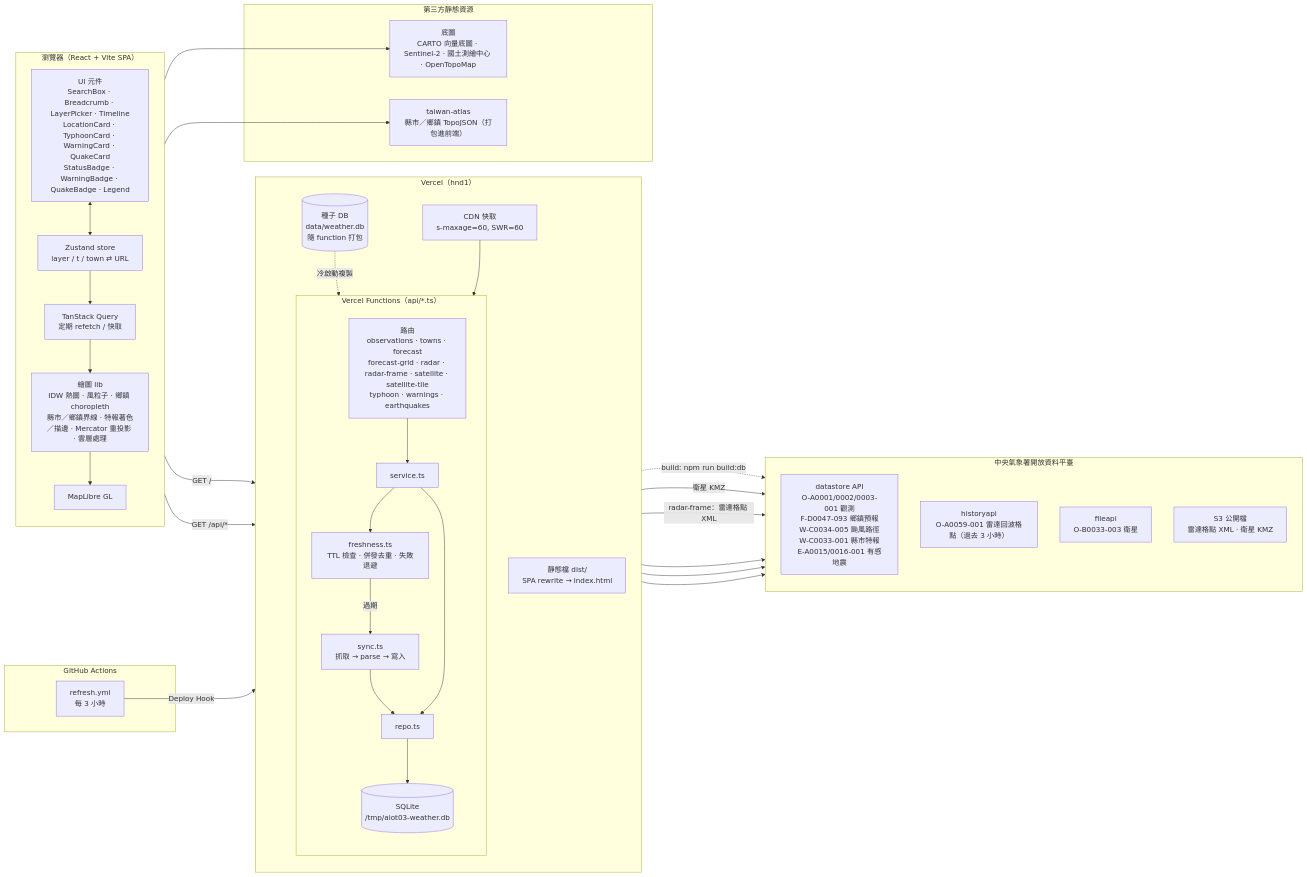
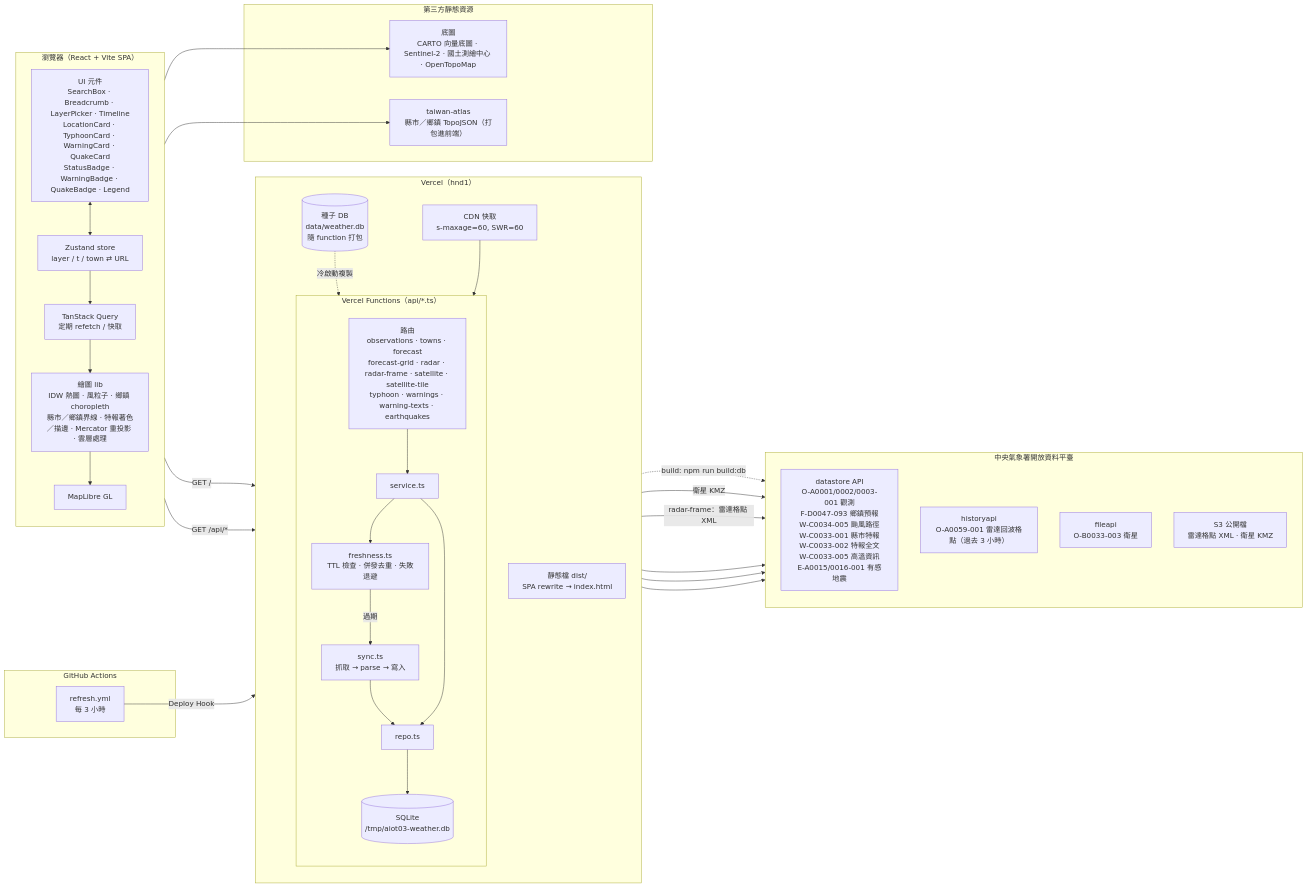
Before and after one commit to anjyuelee/aiot03: the first of 3 diagrams in README.md, drawn with Mermaid. The commit also changed other lines of this file and 1 other file, not shown here.

First line of the commit message:
docs: describe warning text and heat info in readme

````diff
--- a/README.md
+++ b/README.md
@@ -65,64 +65,64 @@
 ```mermaid
 flowchart LR
   subgraph Browser["瀏覽器（React + Vite SPA）"]
     direction TB
     UI["UI 元件<br/>SearchBox · Breadcrumb · LayerPicker · Timeline<br/>LocationCard · TyphoonCard · WarningCard · QuakeCard<br/>StatusBadge · WarningBadge · QuakeBadge · Legend"]
     Store["Zustand store<br/>layer / t / town ⇄ URL"]
     Query["TanStack Query<br/>定期 refetch / 快取"]
     Render["繪圖 lib<br/>IDW 熱圖 · 風粒子 · 鄉鎮 choropleth<br/>縣市／鄉鎮界線 · 特報著色／描邊 · Mercator 重投影 · 雲層處理"]
     Map["MapLibre GL"]
     UI <--> Store
     Store --> Query
     Query --> Render --> Map
   end
 
   subgraph Vercel["Vercel（hnd1）"]
     direction TB
     Static["靜態檔 dist/<br/>SPA rewrite → index.html"]
     CDN["CDN 快取<br/>s-maxage=60, SWR=60"]
     subgraph Fn["Vercel Functions（api/*.ts）"]
       direction TB
-      API["路由<br/>observations · towns · forecast<br/>forecast-grid · radar · radar-frame · satellite · satellite-tile<br/>typhoon · warnings · earthquakes"]
+      API["路由<br/>observations · towns · forecast<br/>forecast-grid · radar · radar-frame · satellite · satellite-tile<br/>typhoon · warnings · warning-texts · earthquakes"]
       Service["service.ts"]
       Fresh["freshness.ts<br/>TTL 檢查 · 併發去重 · 失敗退避"]
       Sync["sync.ts<br/>抓取 → parse → 寫入"]
       Repo["repo.ts"]
       TmpDB[("SQLite<br/>/tmp/aiot03-weather.db")]
       API --> Service --> Fresh
       Fresh -- 過期 --> Sync --> Repo
       Service --> Repo --> TmpDB
     end
     Seed[("種子 DB<br/>data/weather.db<br/>隨 function 打包")]
     Seed -. 冷啟動複製 .-> TmpDB
     CDN --> API
   end
 
   subgraph CWA["中央氣象署開放資料平臺"]
     direction TB
-    DS["datastore API<br/>O-A0001/0002/0003-001 觀測<br/>F-D0047-093 鄉鎮預報<br/>W-C0034-005 颱風路徑<br/>W-C0033-001 縣市特報<br/>E-A0015/0016-001 有感地震"]
+    DS["datastore API<br/>O-A0001/0002/0003-001 觀測<br/>F-D0047-093 鄉鎮預報<br/>W-C0034-005 颱風路徑<br/>W-C0033-001 縣市特報<br/>W-C0033-002 特報全文<br/>W-C0033-005 高溫資訊<br/>E-A0015/0016-001 有感地震"]
     HA["historyapi<br/>O-A0059-001 雷達回波格點（過去 3 小時）"]
     FA["fileapi<br/>O-B0033-003 衛星"]
     S3["S3 公開檔<br/>雷達格點 XML · 衛星 KMZ"]
   end
 
   subgraph Ext["第三方靜態資源"]
     Carto["底圖<br/>CARTO 向量底圖 · Sentinel-2 · 國土測繪中心 · OpenTopoMap"]
     Atlas["taiwan-atlas<br/>縣市／鄉鎮 TopoJSON（打包進前端）"]
   end
 
   subgraph CI["GitHub Actions"]
     Cron["refresh.yml<br/>每 3 小時"]
   end
 
   Browser -- "GET /" --> Static
   Query -- "GET /api/*" --> CDN
   Map --> Carto
   Render --> Atlas
   Sync --> DS
   Sync --> FA
   Sync --> HA
   API -- "radar-frame：雷達格點 XML" --> S3
   Sync -- "衛星 KMZ" --> S3
   Cron -- "Deploy Hook" --> Vercel
   Vercel -. "build: npm run build:db" .-> CWA
 ```
````
